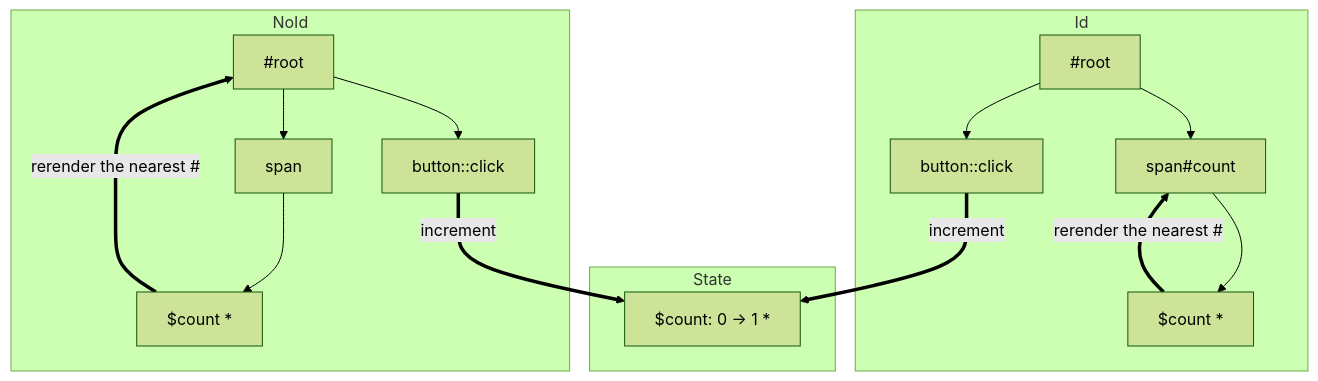
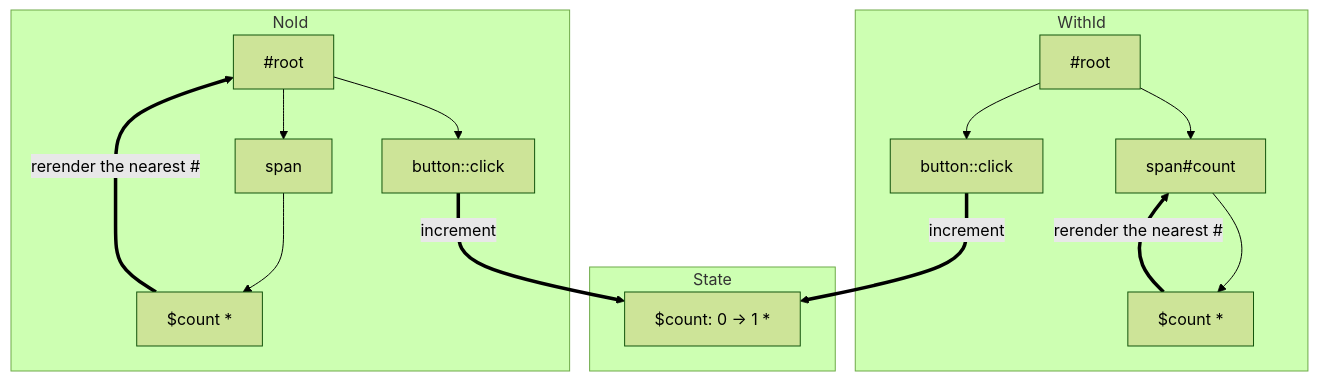
The diagram in README.md (tatomyr/purity), drawn with Mermaid (forest theme) before and after one commit. The commit also changed other lines of this file and 15 other files, not shown here.

````diff
--- a/README.md
+++ b/README.md
@@ -119,16 +139,16 @@
 ```mermaid
 graph TD
   subgraph State
     state[$count: 0 -> 1 *]
   end
 
-  subgraph Id
+  subgraph WithId
     root2[#root] --> span2[span#count] --> count2[$count *] == rerender the nearest # ==> span2
     root2 --> button2[button::click] == increment ==> state
   end
 
   subgraph NoId
     root[#root] --> span[span] --> count[$count *] == rerender the nearest # ==> root
     root --> button[button::click] == increment ==> state
   end
 ```
````
